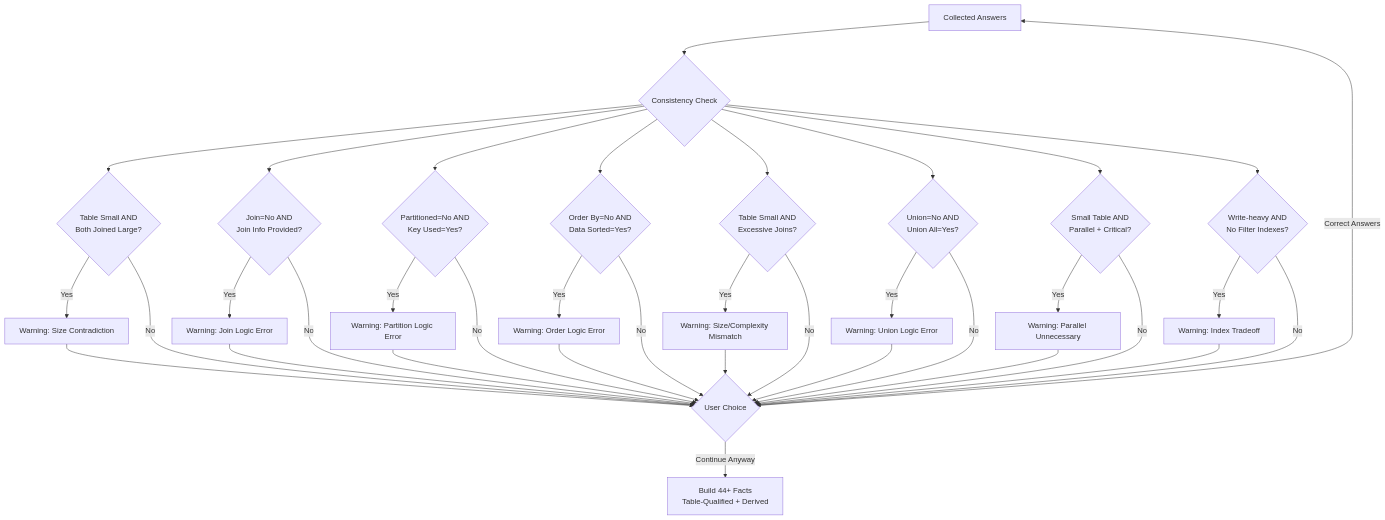
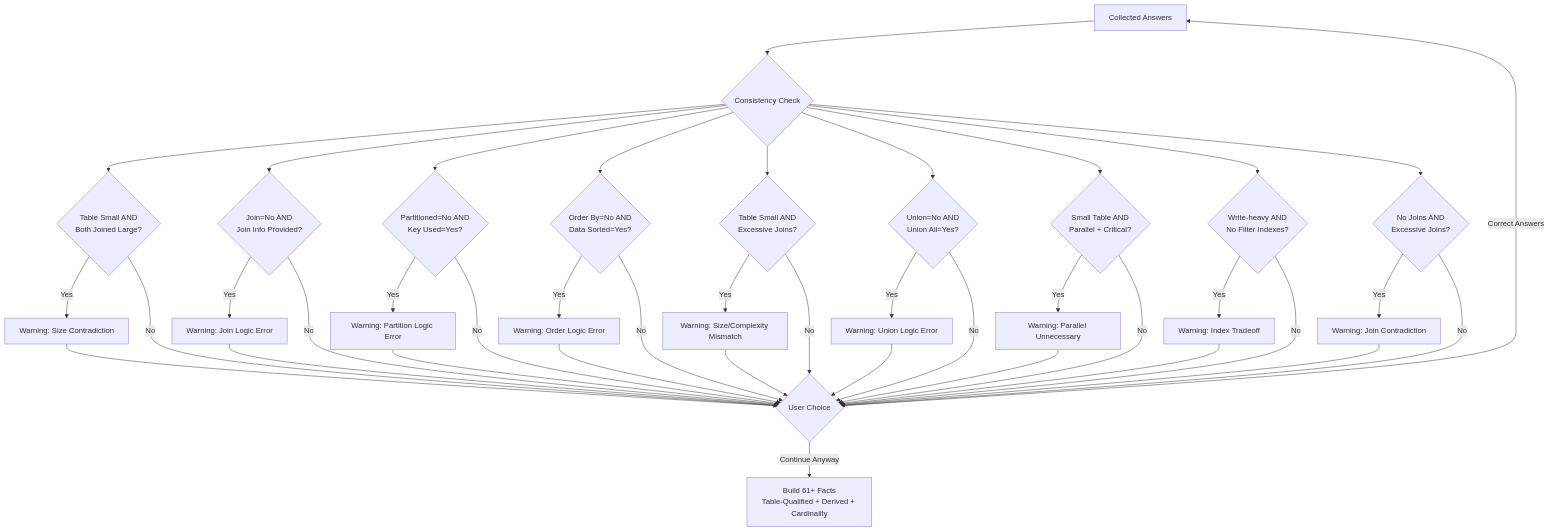
Before and after one commit to fourth-year-team/Expert-System-Query-Optimizer-Project: the third of 5 diagrams in docs/diagrams.md, drawn with Mermaid. The commit also changed other lines of this file and 4 other files, not shown here.

````diff
--- a/docs/diagrams.md
+++ b/docs/diagrams.md
@@ -81,50 +83,55 @@
 ```mermaid
 flowchart TD
     A[Collected Answers] --> B{Consistency Check}
     
     B --> C1{Table Small AND<br/>Both Joined Large?}
     C1 -->|Yes| W1[Warning: Size Contradiction]
     
     B --> C2{Join=No AND<br/>Join Info Provided?}
     C2 -->|Yes| W2[Warning: Join Logic Error]
     
     B --> C3{Partitioned=No AND<br/>Key Used=Yes?}
     C3 -->|Yes| W3[Warning: Partition Logic Error]
     
     B --> C4{Order By=No AND<br/>Data Sorted=Yes?}
     C4 -->|Yes| W4[Warning: Order Logic Error]
     
     B --> C5{Table Small AND<br/>Excessive Joins?}
     C5 -->|Yes| W5[Warning: Size/Complexity Mismatch]
     
     B --> C6{Union=No AND<br/>Union All=Yes?}
     C6 -->|Yes| W6[Warning: Union Logic Error]
     
     B --> C7{Small Table AND<br/>Parallel + Critical?}
     C7 -->|Yes| W7[Warning: Parallel Unnecessary]
     
     B --> C8{Write-heavy AND<br/>No Filter Indexes?}
     C8 -->|Yes| W8[Warning: Index Tradeoff]
     
+    B --> C9{No Joins AND<br/>Excessive Joins?}
+    C9 -->|Yes| W9[Warning: Join Contradiction]
+    
     W1 --> Choice
     W2 --> Choice
     W3 --> Choice
     W4 --> Choice
     W5 --> Choice
     W6 --> Choice
     W7 --> Choice
     W8 --> Choice
+    W9 --> Choice
     
     C1 -->|No| Choice
     C2 -->|No| Choice
     C3 -->|No| Choice
     C4 -->|No| Choice
     C5 -->|No| Choice
     C6 -->|No| Choice
     C7 -->|No| Choice
     C8 -->|No| Choice
+    C9 -->|No| Choice
     
     Choice{User Choice}
     Choice -->|Correct Answers| A
-    Choice -->|Continue Anyway| FB[Build 44+ Facts<br/>Table-Qualified + Derived]
+    Choice -->|Continue Anyway| FB[Build 61+ Facts<br/>Table-Qualified + Derived + Cardinality]
 ```
````
